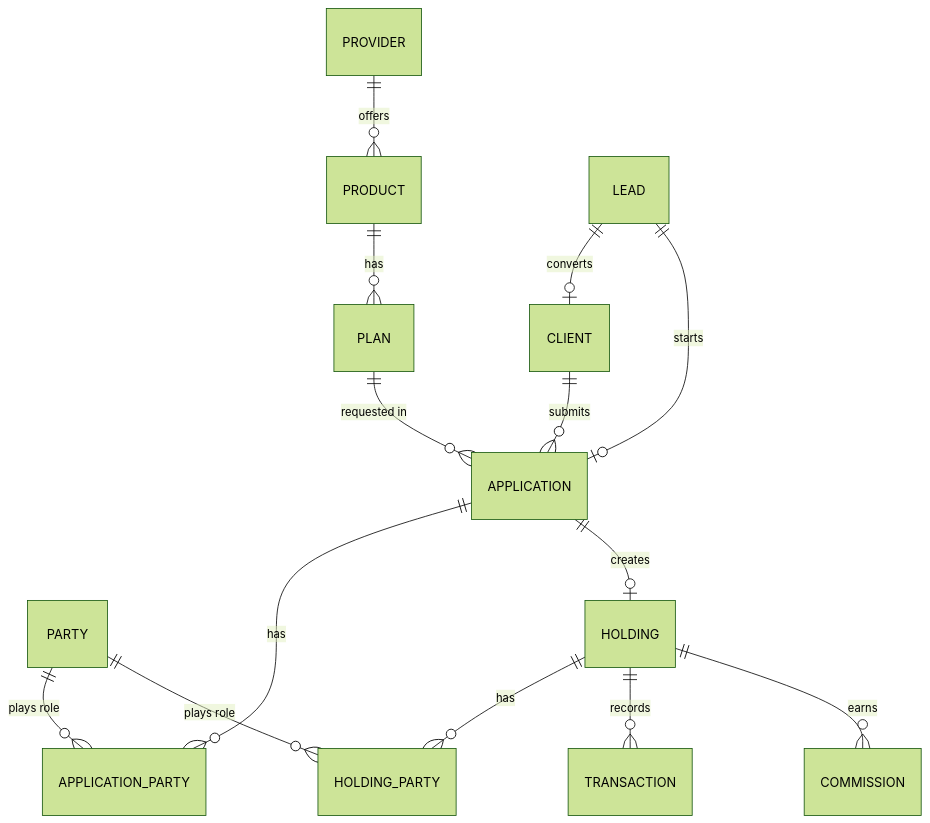
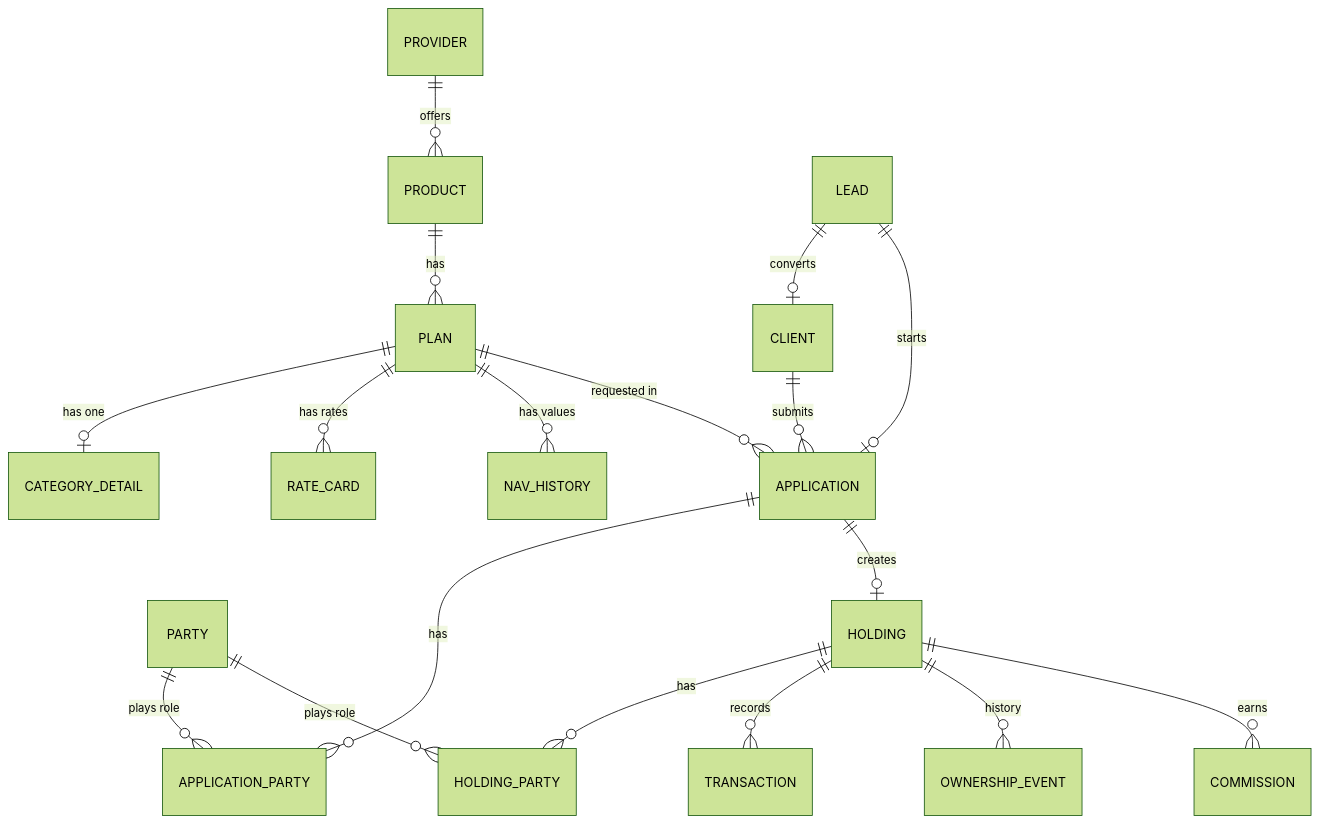
Before and after one commit to knapsfs/dhanada: the second of 2 diagrams in docs/03-data-model/erd.md, drawn with Mermaid (forest theme). The commit also changed other lines of this file and 35 other files, not shown here.

````diff
--- a/docs/03-data-model/erd.md
+++ b/docs/03-data-model/erd.md
@@ -35,16 +35,20 @@
 ```mermaid
 erDiagram
     PROVIDER ||--o{ PRODUCT : offers
     PRODUCT ||--o{ PLAN : has
+    PLAN ||--o| CATEGORY_DETAIL : "has one"
+    PLAN ||--o{ RATE_CARD : "has rates"
+    PLAN ||--o{ NAV_HISTORY : "has values"
     CLIENT ||--o{ APPLICATION : submits
     PLAN ||--o{ APPLICATION : "requested in"
     APPLICATION ||--o{ APPLICATION_PARTY : has
     PARTY ||--o{ APPLICATION_PARTY : "plays role"
     APPLICATION ||--o| HOLDING : creates
     HOLDING ||--o{ HOLDING_PARTY : has
     PARTY ||--o{ HOLDING_PARTY : "plays role"
     HOLDING ||--o{ TRANSACTION : records
+    HOLDING ||--o{ OWNERSHIP_EVENT : "history"
     HOLDING ||--o{ COMMISSION : earns
     LEAD ||--o| CLIENT : converts
     LEAD ||--o| APPLICATION : "starts"
 ```
````
